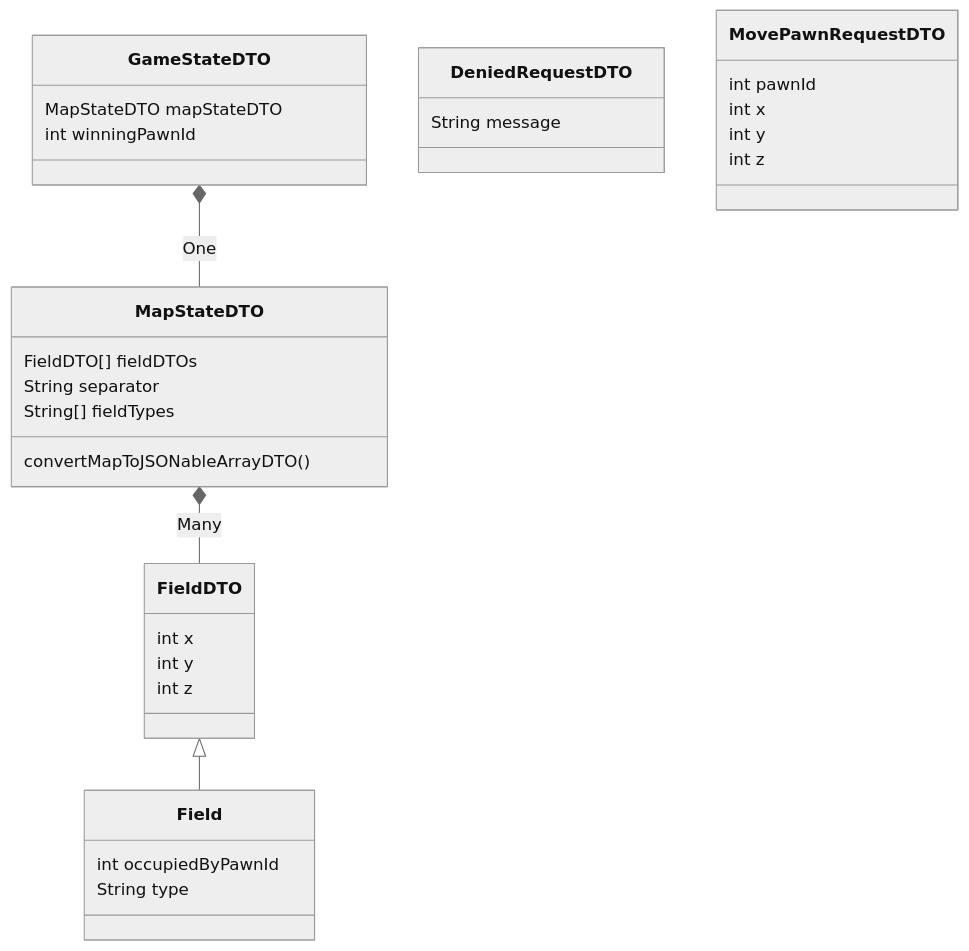
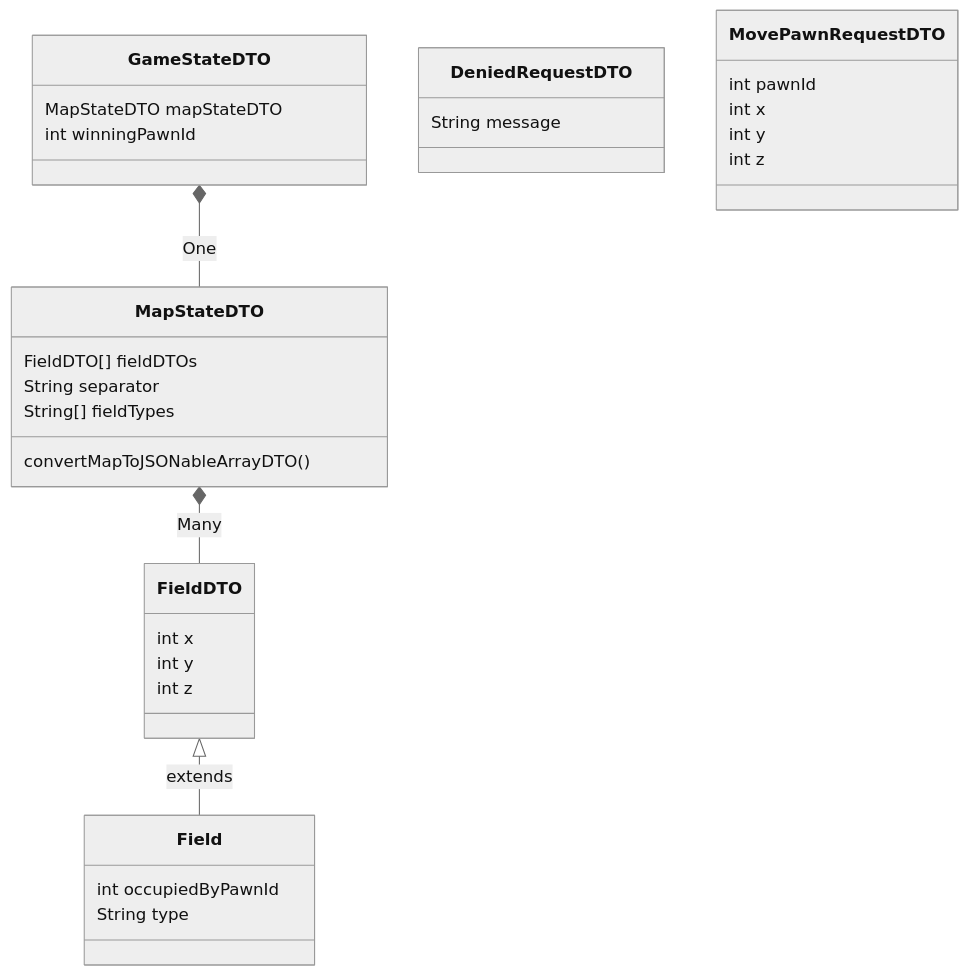
The seventh of 8 diagrams in ARCHITECTURE.md (stijnlinderman/eldorado), drawn with Mermaid (neutral theme) before and after one commit. The commit also changed other lines of this file, not shown here.

````diff
--- a/ARCHITECTURE.md
+++ b/ARCHITECTURE.md
@@ -95,24 +95,24 @@
 ```mermaid
 classDiagram
 	GameStateDTO *-- MapStateDTO : One
 	GameStateDTO : MapStateDTO mapStateDTO
 	GameStateDTO : int winningPawnId
 	MapStateDTO *-- FieldDTO : Many
 	MapStateDTO : FieldDTO[] fieldDTOs
 	MapStateDTO : String separator
 	MapStateDTO : String[] fieldTypes
 	MapStateDTO : convertMapToJSONableArrayDTO()
 	FieldDTO : int x
 	FieldDTO : int y
 	FieldDTO : int z
-	FieldDTO <|-- Field
+	FieldDTO <|-- Field : extends
 	Field : int occupiedByPawnId
 	Field : String type
 	class DeniedRequestDTO
 	DeniedRequestDTO : String message
 	class MovePawnRequestDTO
 	MovePawnRequestDTO : int pawnId
 	MovePawnRequestDTO : int x
 	MovePawnRequestDTO : int y
 	MovePawnRequestDTO : int z
 ```
````
